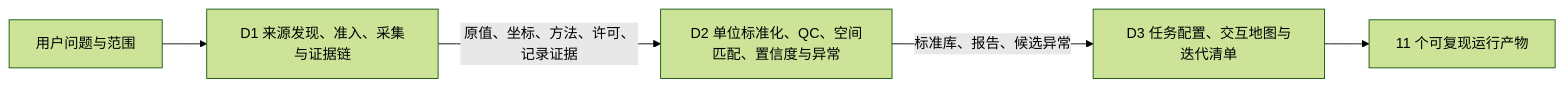
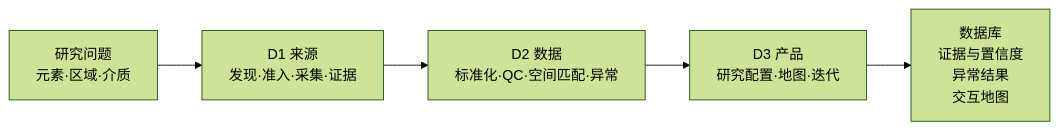
Before and after one commit to asimfish/global-geochemical-atlas-skill: the diagram in README.md, drawn with Mermaid (forest theme). The commit also changed other lines of this file and 1 other file, not shown here.

````diff
--- a/README.md
+++ b/README.md
@@ -143,7 +57,7 @@
 ```mermaid
 flowchart LR
-    Q[用户问题与范围] --> D1[D1 来源发现、准入、采集与证据链]
-    D1 -->|原值、坐标、方法、许可、记录证据| D2[D2 单位标准化、QC、空间匹配、置信度与异常]
-    D2 -->|标准库、报告、候选异常| D3[D3 任务配置、交互地图与迭代清单]
-    D3 --> O[11 个可复现运行产物]
+    Q[研究问题<br/>元素·区域·介质] --> D1[D1 来源<br/>发现·准入·采集·证据]
+    D1 --> D2[D2 数据<br/>标准化·QC·空间匹配·异常]
+    D2 --> D3[D3 产品<br/>研究配置·地图·迭代]
+    D3 --> O[数据库<br/>证据与置信度<br/>异常结果<br/>交互地图]
 ```
````
